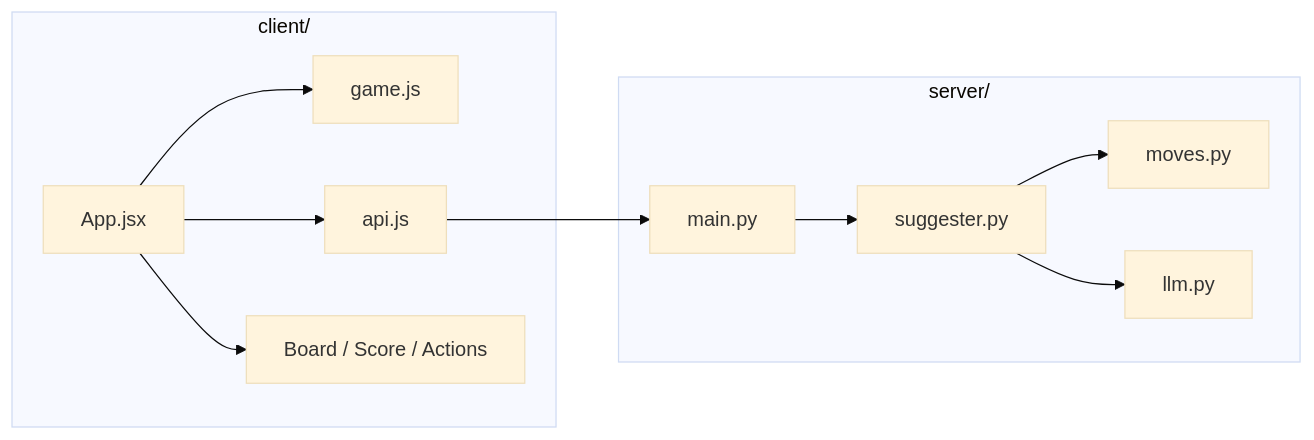
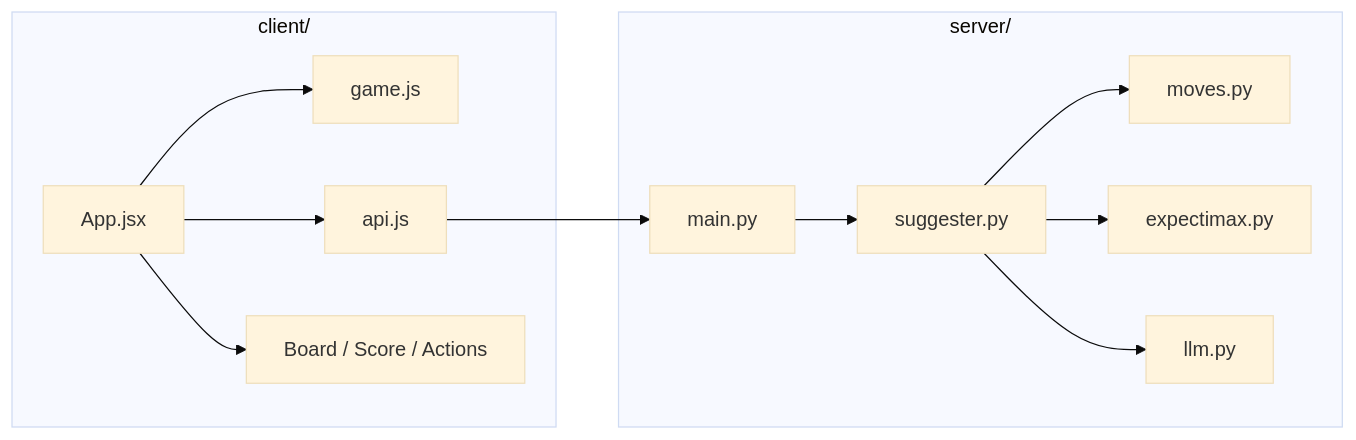
One commit to christycty/game-2048 changed the third of 3 diagrams in docs/architecture.md. Above: the diagram before and after it, drawn with Mermaid (base theme). The commit also changed other lines of this file and 8 other files, not shown here.

````diff
--- a/docs/architecture.md
+++ b/docs/architecture.md
@@ -43,22 +45,24 @@
 ```mermaid
 flowchart LR
   subgraph client [client/]
     App[App.jsx]
     Game[game.js]
     Api[api.js]
     UI[Board / Score / Actions]
     App --> Game
     App --> Api
     App --> UI
   end
   subgraph server [server/]
     Main[main.py]
     Suggester[suggester.py]
     Moves[moves.py]
+    Expectimax[expectimax.py]
     LLM[llm.py]
     Main --> Suggester
     Suggester --> Moves
+    Suggester --> Expectimax
     Suggester --> LLM
   end
   Api --> Main
 ```
````
